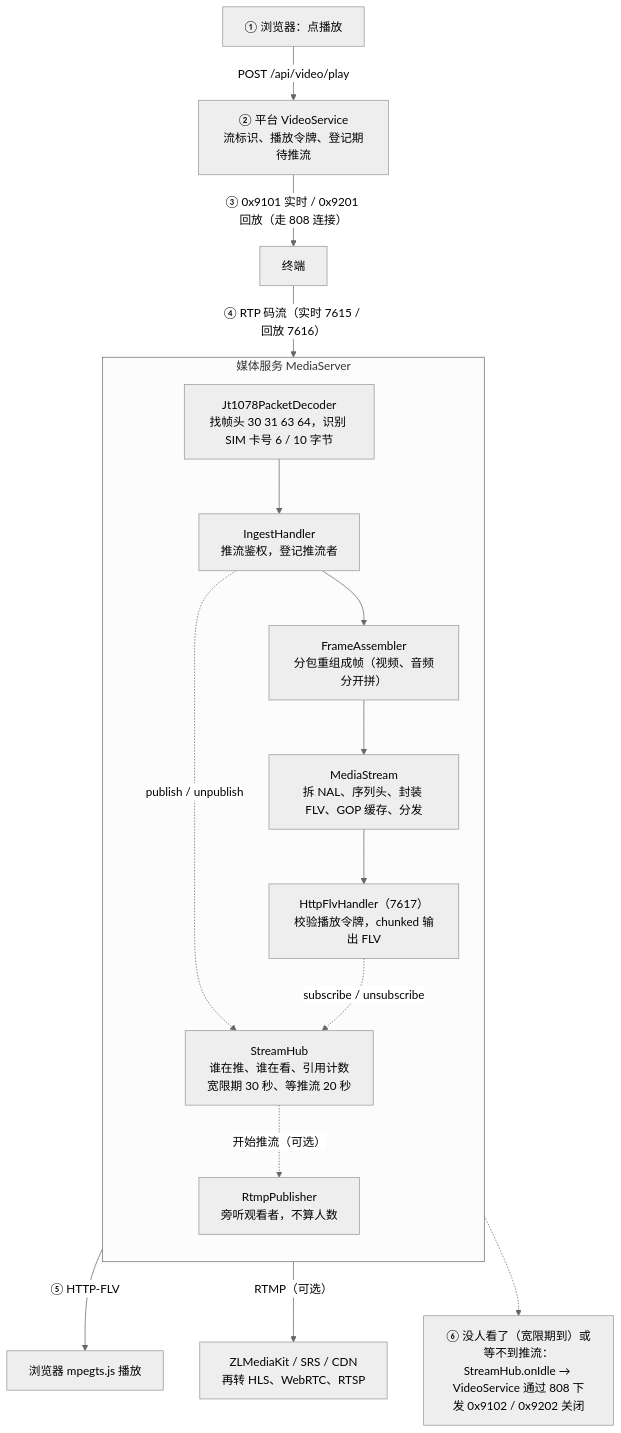
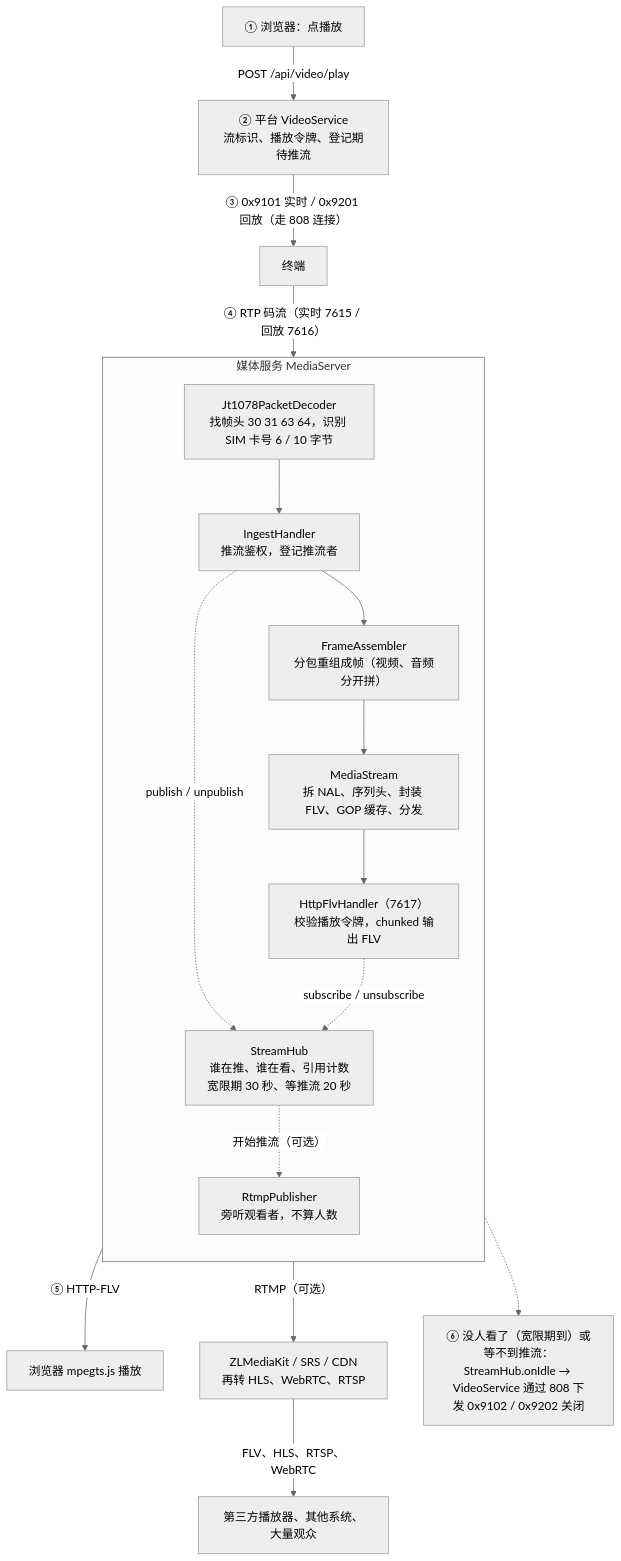
The fifth of 12 diagrams in README.md (xiaowu-iot/iot-protocols), drawn with Mermaid (neutral theme) before and after one commit.

Commit message:
README：1078 组件图补上 ZLMediaKit 之后的分发去向

````diff
--- a/README.md
+++ b/README.md
@@ -204,21 +204,22 @@
 ```mermaid
 flowchart TB
     UI["① 浏览器：点播放"] -->|"POST /api/video/play"| VS["② 平台 VideoService<br/>流标识、播放令牌、登记期待推流"]
     VS -->|"③ 0x9101 实时 / 0x9201 回放（走 808 连接）"| T["终端"]
     T -->|"④ RTP 码流（实时 7615 / 回放 7616）"| PD
 
     subgraph MEDIA["媒体服务 MediaServer"]
         direction TB
         PD["Jt1078PacketDecoder<br/>找帧头 30 31 63 64，识别 SIM 卡号 6 / 10 字节"] --> IH["IngestHandler<br/>推流鉴权，登记推流者"]
         IH --> FA["FrameAssembler<br/>分包重组成帧（视频、音频分开拼）"]
         FA --> MS["MediaStream<br/>拆 NAL、序列头、封装 FLV、GOP 缓存、分发"]
         MS --> HTTP["HttpFlvHandler（7617）<br/>校验播放令牌，chunked 输出 FLV"]
         IH -.->|"publish / unpublish"| HUB["StreamHub<br/>谁在推、谁在看、引用计数<br/>宽限期 30 秒、等推流 20 秒"]
         HUB -.->|"开始推流（可选）"| RTMP["RtmpPublisher<br/>旁听观看者，不算人数"]
         HTTP -.->|"subscribe / unsubscribe"| HUB
     end
 
     HTTP -->|"⑤ HTTP-FLV"| PL["浏览器 mpegts.js 播放"]
     RTMP -->|"RTMP（可选）"| ZLM["ZLMediaKit / SRS / CDN<br/>再转 HLS、WebRTC、RTSP"]
+    ZLM -->|"FLV、HLS、RTSP、WebRTC"| X3["第三方播放器、其他系统、大量观众"]
     HUB -.-> IDLE["⑥ 没人看了（宽限期到）或等不到推流：<br/>StreamHub.onIdle → VideoService 通过 808 下发 0x9102 / 0x9202 关闭"]
 ```
````
